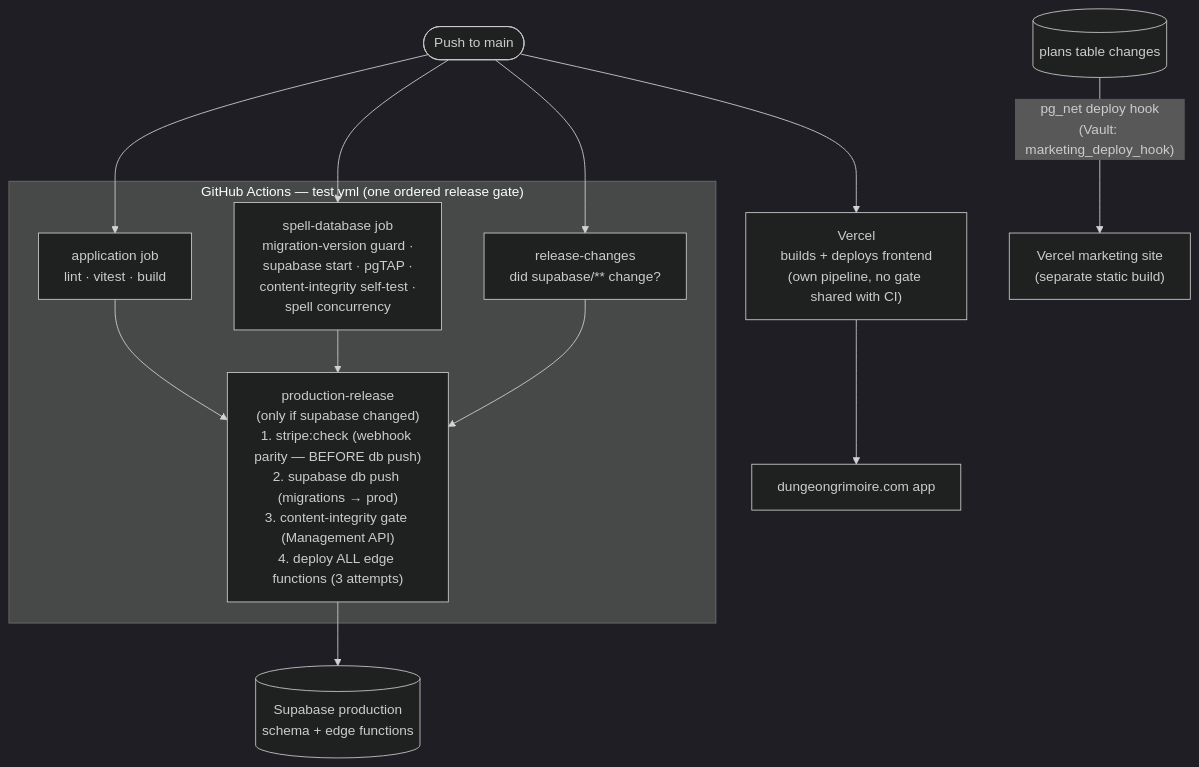
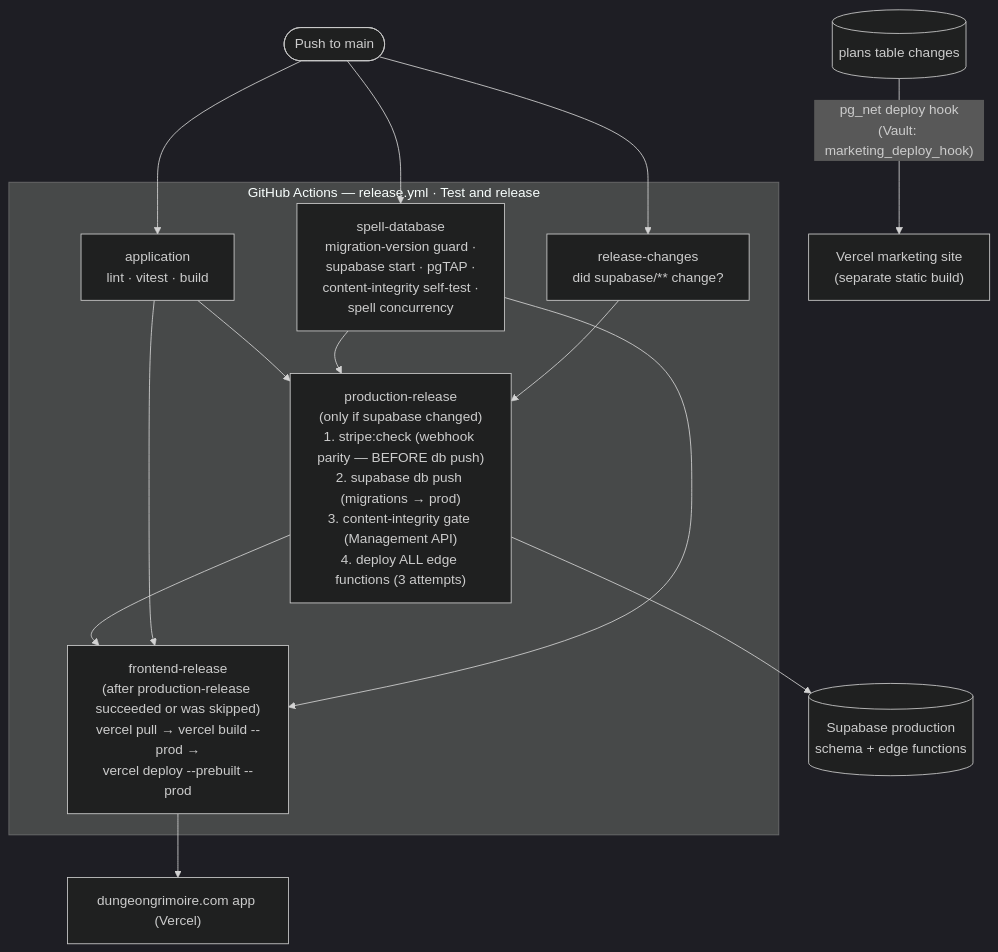
The diagram in context/architecture/release-pipeline.md (irongollem/grimoire), drawn with Mermaid (dark theme) before and after one commit. The commit also changed other lines of this file and 6 other files, not shown here.

First line of the commit message:
ci: call the release workflow what it is — test.yml → release.yml

````diff
--- a/context/architecture/release-pipeline.md
+++ b/context/architecture/release-pipeline.md
@@ -9,24 +13,25 @@
 ```mermaid
 flowchart TB
     push(["Push to main"])
 
-    subgraph gha ["GitHub Actions — test.yml (one ordered release gate)"]
-        app["application job<br/>lint · vitest · build"]
-        db["spell-database job<br/>migration-version guard ·<br/>supabase start · pgTAP ·<br/>content-integrity self-test ·<br/>spell concurrency"]
+    subgraph gha ["GitHub Actions — release.yml · Test and release"]
+        app["application<br/>lint · vitest · build"]
+        db["spell-database<br/>migration-version guard ·<br/>supabase start · pgTAP ·<br/>content-integrity self-test ·<br/>spell concurrency"]
         detect["release-changes<br/>did supabase/** change?"]
         rel["production-release<br/>(only if supabase changed)<br/>1. stripe:check (webhook parity — BEFORE db push)<br/>2. supabase db push (migrations → prod)<br/>3. content-integrity gate (Management API)<br/>4. deploy ALL edge functions (3 attempts)"]
+        fe["frontend-release<br/>(after production-release succeeded or was skipped)<br/>vercel pull → vercel build --prod →<br/>vercel deploy --prebuilt --prod"]
         app --> rel
         db --> rel
         detect --> rel
+        rel --> fe
+        app --> fe
+        db --> fe
     end
 
-    vercel["Vercel<br/>builds + deploys frontend<br/>(own pipeline, no gate shared with CI)"]
-
     push --> app & db & detect
-    push --> vercel
 
     rel --> supaprod[("Supabase production<br/>schema + edge functions")]
-    vercel --> web["dungeongrimoire.com app"]
+    fe --> web["dungeongrimoire.com app (Vercel)"]
 
     plans[("plans table changes")] -- "pg_net deploy hook<br/>(Vault: marketing_deploy_hook)" --> marketing["Vercel marketing site<br/>(separate static build)"]
 ```
````
